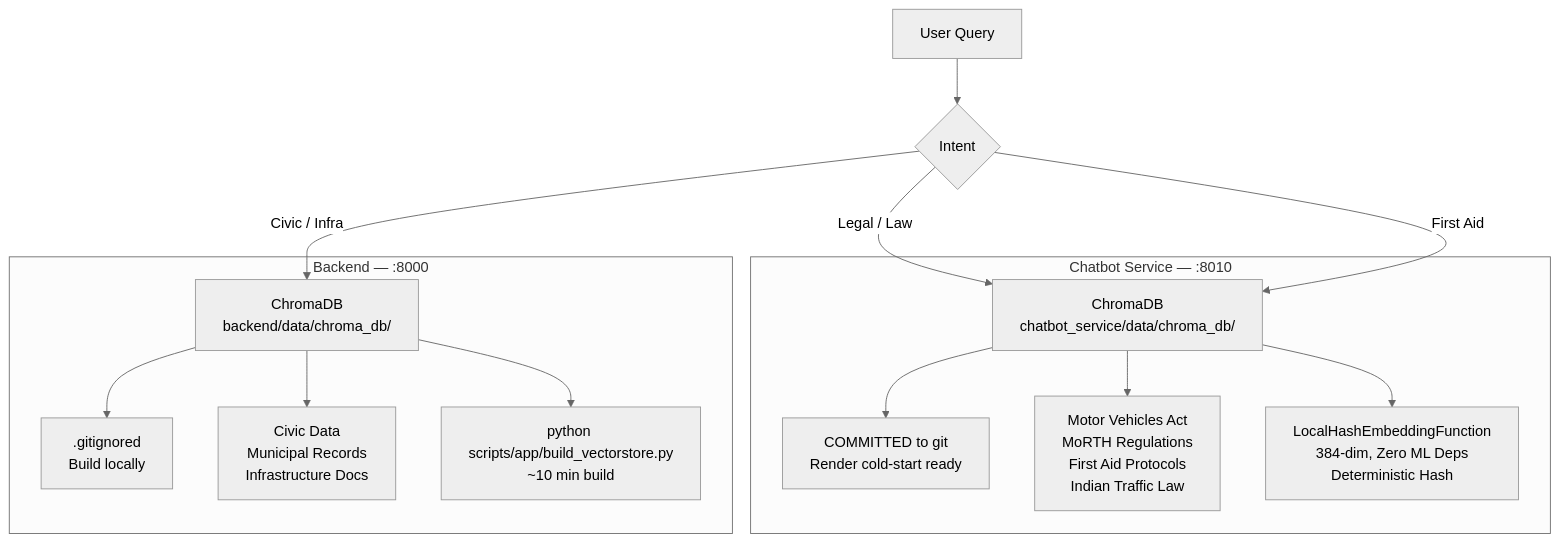
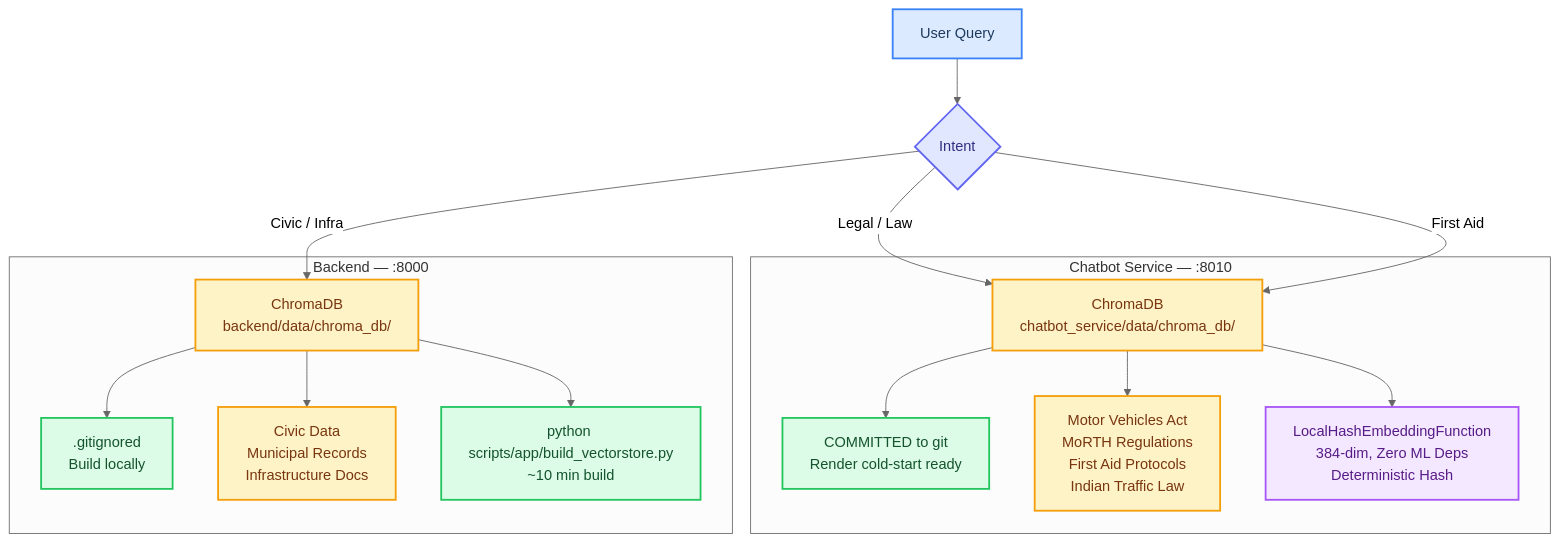
The second of 2 diagrams in docs/architecture/RAG.md (SafeVixAI/SafeVixAI), drawn with Mermaid (neutral theme) before and after one commit. The commit also changed 85 other files, not shown here.

Commit message:
docs: Fix Mermaid diagrams, resolve relative link warnings, and ensure clean mkdocs build

````diff
--- a/docs/architecture/RAG.md
+++ b/docs/architecture/RAG.md
@@ -53,21 +53,30 @@
 ```mermaid
 flowchart TD
+    classDef edge fill:#dbeafe,stroke:#3b82f6,stroke-width:2px,color:#1e3a5f
+    classDef control fill:#dcfce7,stroke:#22c55e,stroke-width:2px,color:#14532d
+    classDef ai fill:#f3e8ff,stroke:#a855f7,stroke-width:2px,color:#581c87
+    classDef data fill:#fef3c7,stroke:#f59e0b,stroke-width:2px,color:#78350f
+    classDef security fill:#fee2e2,stroke:#ef4444,stroke-width:2px,color:#7f1d1d
+    classDef external fill:#f1f5f9,stroke:#94a3b8,stroke-width:2px,stroke-dasharray:5 5,color:#334155
+    classDef decision fill:#e0e7ff,stroke:#6366f1,stroke-width:2px,color:#312e81
+    classDef success fill:#d1fae5,stroke:#10b981,stroke-width:2px,color:#064e3b
+
     subgraph Chatbot_Service["Chatbot Service — :8010"]
-        CS_Chroma[ChromaDB<br/>chatbot_service/data/chroma_db/]
-        CS_Chroma --> CS_Commit[COMMITTED to git<br/>Render cold-start ready]
-        CS_Chroma --> CS_Data[Motor Vehicles Act<br/>MoRTH Regulations<br/>First Aid Protocols<br/>Indian Traffic Law]
-        CS_Chroma --> CS_Embed[LocalHashEmbeddingFunction<br/>384-dim, Zero ML Deps<br/>Deterministic Hash]
+        CS_Chroma["ChromaDB<br/>chatbot_service/data/chroma_db/"]:::data
+        CS_Chroma --> CS_Commit["COMMITTED to git<br/>Render cold-start ready"]:::control
+        CS_Chroma --> CS_Data["Motor Vehicles Act<br/>MoRTH Regulations<br/>First Aid Protocols<br/>Indian Traffic Law"]:::data
+        CS_Chroma --> CS_Embed["LocalHashEmbeddingFunction<br/>384-dim, Zero ML Deps<br/>Deterministic Hash"]:::ai
     end
 
     subgraph Backend["Backend — :8000"]
-        BE_Chroma[ChromaDB<br/>backend/data/chroma_db/]
-        BE_Chroma --> BE_Git[.gitignored<br/>Build locally]
-        BE_Chroma --> BE_Data[Civic Data<br/>Municipal Records<br/>Infrastructure Docs]
-        BE_Chroma --> BE_Build["python scripts/app/build_vectorstore.py<br/>~10 min build"]
+        BE_Chroma["ChromaDB<br/>backend/data/chroma_db/"]:::data
+        BE_Chroma --> BE_Git[".gitignored<br/>Build locally"]:::control
+        BE_Chroma --> BE_Data["Civic Data<br/>Municipal Records<br/>Infrastructure Docs"]:::data
+        BE_Chroma --> BE_Build["python scripts/app/build_vectorstore.py<br/>~10 min build"]:::control
     end
 
-    UserQ[User Query] --> Intent{Intent}
-    Intent -->|Legal / Law| CS_Chroma
-    Intent -->|First Aid| CS_Chroma
-    Intent -->|Civic / Infra| BE_Chroma
+    UserQ["User Query"]:::edge --> Intent{"Intent"}:::decision
+    Intent -->|"Legal / Law"| CS_Chroma
+    Intent -->|"First Aid"| CS_Chroma
+    Intent -->|"Civic / Infra"| BE_Chroma
 ```
````
